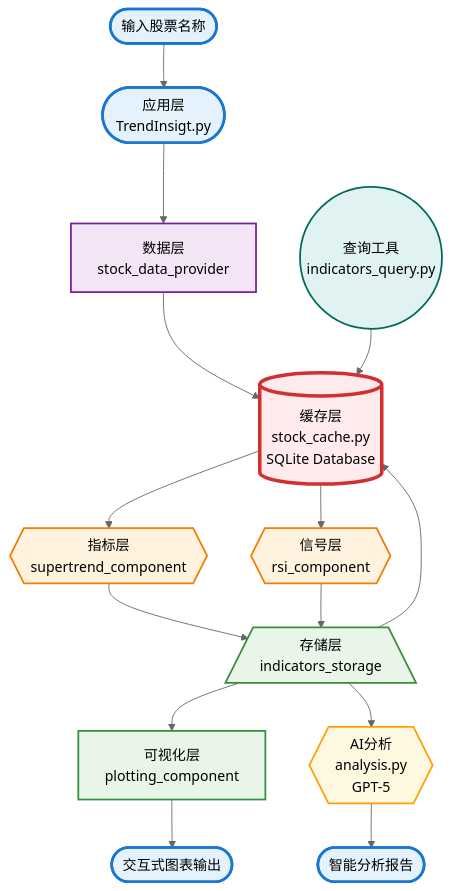
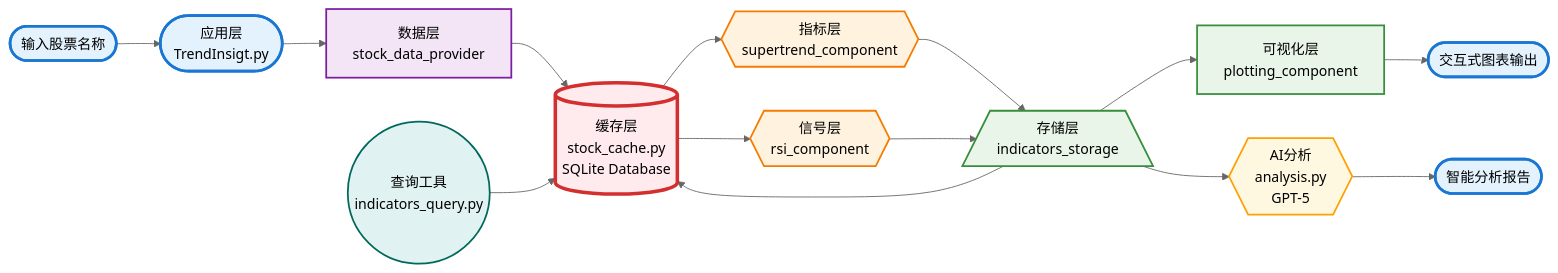
The first of 3 diagrams in Readme.md (jerlinn/PulseTrader), drawn with Mermaid (neutral theme) before and after one commit. The commit also changed other lines of this file, not shown here.

````diff
--- a/Readme.md
+++ b/Readme.md
@@ -27,57 +27,57 @@
 ```mermaid
-graph TD
+graph LR
     %% 用户交互层 - 圆角矩形
     USER([输入股票名称]) --> APP([应用层<br/>TrendInsigt.py])
     
     %% 数据处理层 - 矩形
     APP --> DATA[数据层<br/>stock_data_provider]
     DATA --> CACHE[(缓存层<br/>stock_cache.py<br/>SQLite Database)]
     
     %% 计算引擎层 - 六边形
     CACHE --> SUPER{{指标层<br/>supertrend_component}}
     CACHE --> RSI{{信号层<br/>rsi_component}}
     
     %% 存储管理层 - 梯形
     SUPER --> STORE[/存储层<br/>indicators_storage\]
     RSI --> STORE
     STORE --> CACHE
     
     %% 输出层 - 圆角矩形和菱形
     STORE --> VIZ[可视化层<br/>plotting_component]
     VIZ --> CHART([交互式图表输出])
     
     %% AI 分析层 - 云形状
     STORE --> AI{{AI分析<br/>analysis.py<br/>GPT-5}}
     AI --> REPORT([智能分析报告])
     
     %% 工具层 - 圆形
     QUERY((查询工具<br/>indicators_query.py)) --> CACHE
     
     %% 用户交互层样式 - 蓝色系
     classDef userLayer fill:#e3f2fd,stroke:#1976d2,stroke-width:3px,color:#000
     class USER,APP,CHART,REPORT userLayer
     
     %% 数据层样式 - 紫色系
     classDef dataLayer fill:#f3e5f5,stroke:#7b1fa2,stroke-width:2px,color:#000
     class DATA dataLayer
     
-    %% 存储层样式 - 红色系，加粗边框表示核心
+    %% 存储层样式 - 红色系
     classDef storageLayer fill:#ffebee,stroke:#d32f2f,stroke-width:4px,color:#000
     class CACHE storageLayer
     
     %% 计算层样式 - 橙色系
     classDef computeLayer fill:#fff3e0,stroke:#f57c00,stroke-width:2px,color:#000
     class SUPER,RSI computeLayer
     
     %% 存储管理样式 - 绿色系
     classDef mgmtLayer fill:#e8f5e8,stroke:#388e3c,stroke-width:2px,color:#000
     class STORE,VIZ mgmtLayer
     
     %% AI 层样式 - 黄色系
     classDef aiLayer fill:#fff8e1,stroke:#ffa000,stroke-width:2px,color:#000
     class AI aiLayer
     
     %% 工具层样式 - 青色系
     classDef toolLayer fill:#e0f2f1,stroke:#00695c,stroke-width:2px,color:#000
     class QUERY toolLayer
 ```
````
